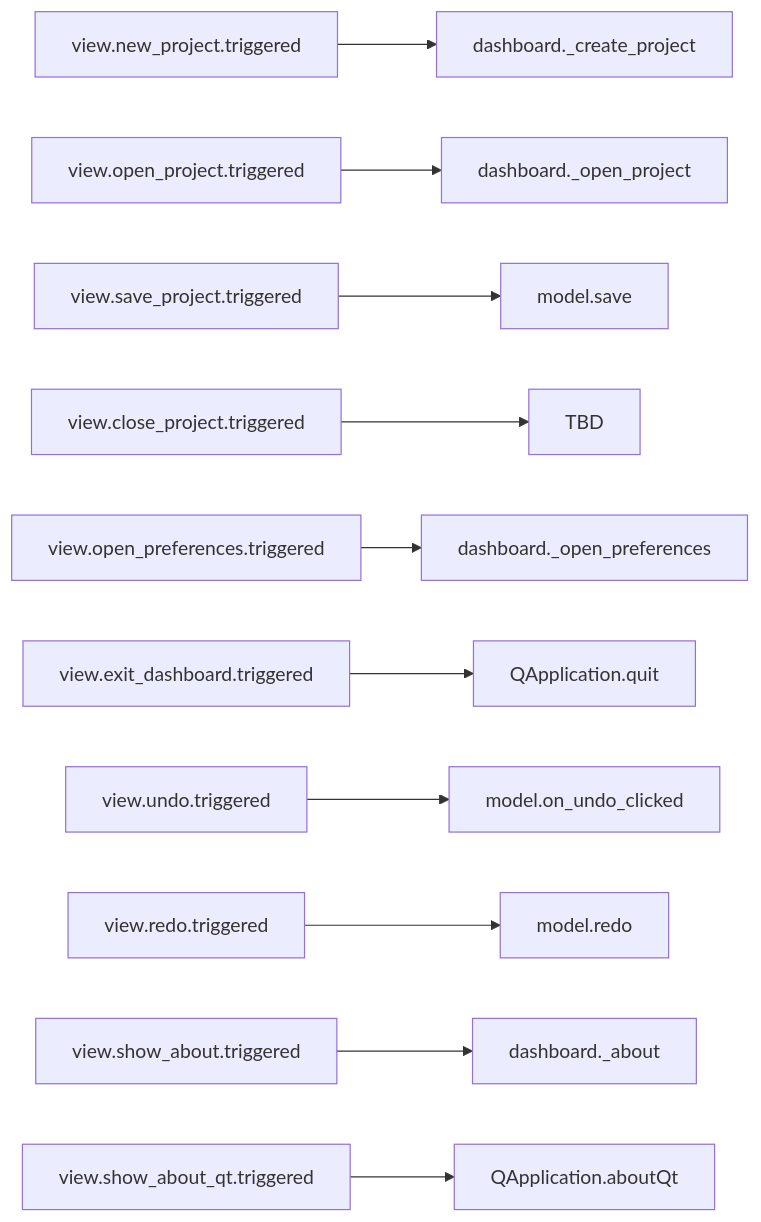
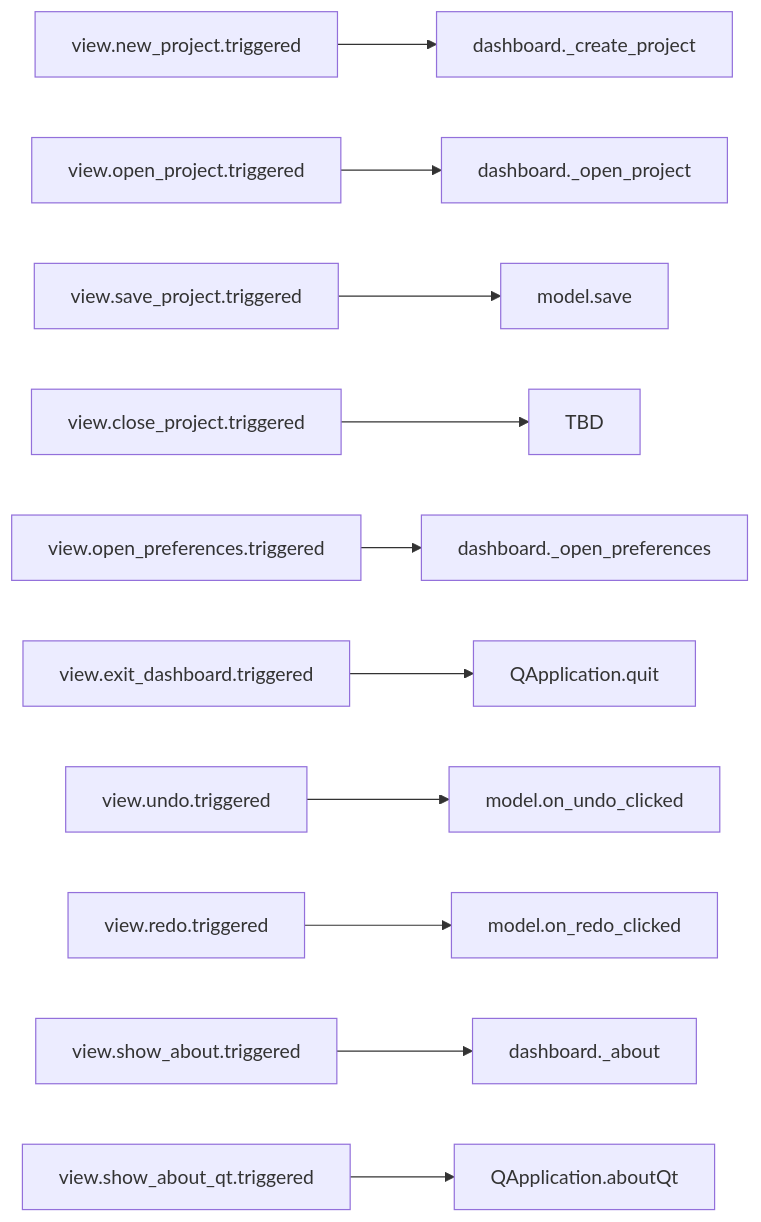
Before and after one commit to com-posers-pit/smw_music: the second of 8 diagrams in doc/source/dashboard_signal_slot_map.rst, drawn with Mermaid. The commit also changed 2 other files, not shown here.

Commit message:
Enable redo functionality
Now playing:
BLOODSUCKER! by Essenger

```diff
--- a/doc/source/dashboard_signal_slot_map.rst
+++ b/doc/source/dashboard_signal_slot_map.rst
@@ -29,13 +29,13 @@
 .. mermaid::
 
    flowchart LR
       view.new_project.triggered --> dashboard._create_project
       view.open_project.triggered --> dashboard._open_project
       view.save_project.triggered --> model.save
       view.close_project.triggered --> TBD
       view.open_preferences.triggered --> dashboard._open_preferences
       view.exit_dashboard.triggered --> QApplication.quit
       view.undo.triggered --> model.on_undo_clicked
-      view.redo.triggered --> model.redo
+      view.redo.triggered --> model.on_redo_clicked
       view.show_about.triggered --> dashboard._about
       view.show_about_qt.triggered --> QApplication.aboutQt
```
